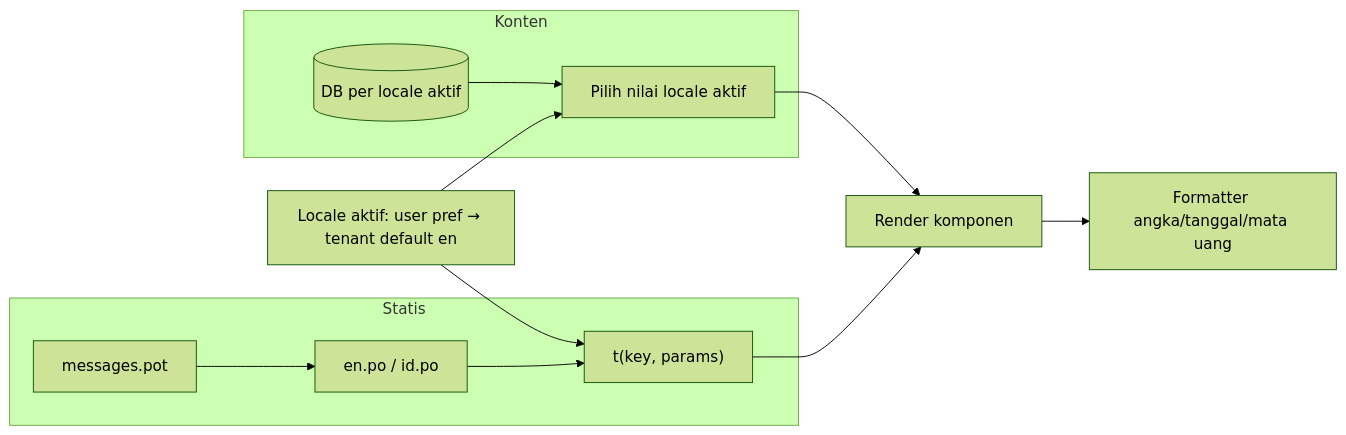
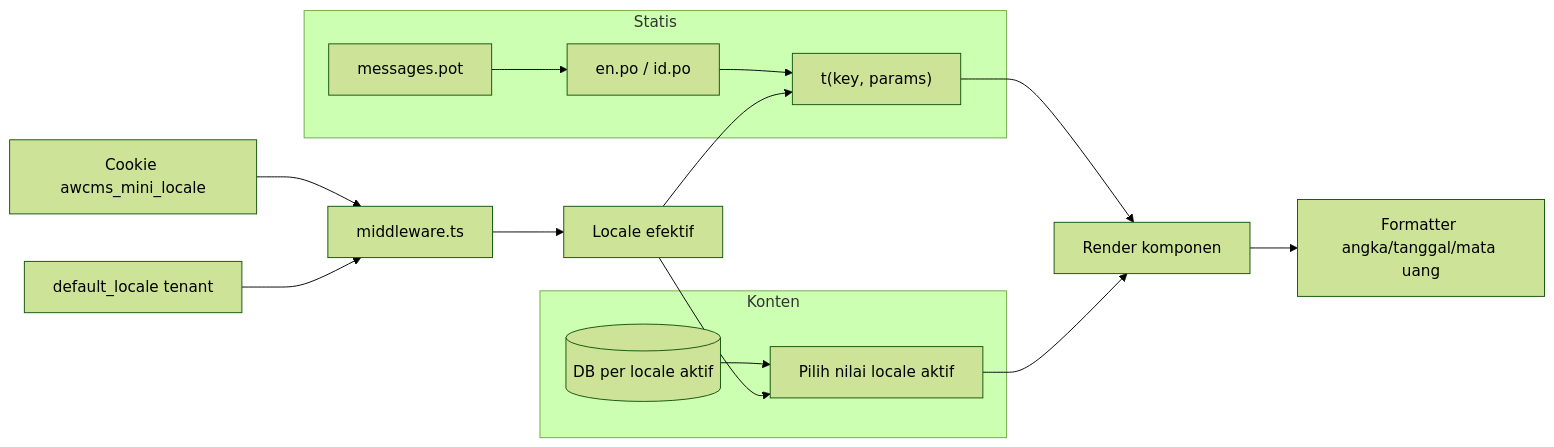
One commit to ahliweb/awcms-mini changed the fourth of 4 diagrams in docs/awcms-mini/14_ui_ux_design_system.md. Above: the diagram before and after it, drawn with Mermaid (forest theme). The commit also changed other lines of this file and 31 other files, not shown here.

````diff
--- a/docs/awcms-mini/14_ui_ux_design_system.md
+++ b/docs/awcms-mini/14_ui_ux_design_system.md
@@ -238,15 +240,18 @@
 ```mermaid
 flowchart LR
   subgraph Statis
     POT[messages.pot] --> PO[en.po / id.po]
     PO --> T["t(key, params)"]
   end
   subgraph Konten
     DB[(DB per locale aktif)] --> Pick[Pilih nilai locale aktif]
   end
-  Loc[Locale aktif: user pref → tenant default en] --> T
+  Cookie[Cookie awcms_mini_locale] --> Mid[middleware.ts]
+  Tenant[default_locale tenant] --> Mid
+  Mid --> Loc[Locale efektif]
+  Loc --> T
   Loc --> Pick
   T --> Render[Render komponen]
   Pick --> Render
   Render --> Fmt[Formatter angka/tanggal/mata uang]
 ```
````
